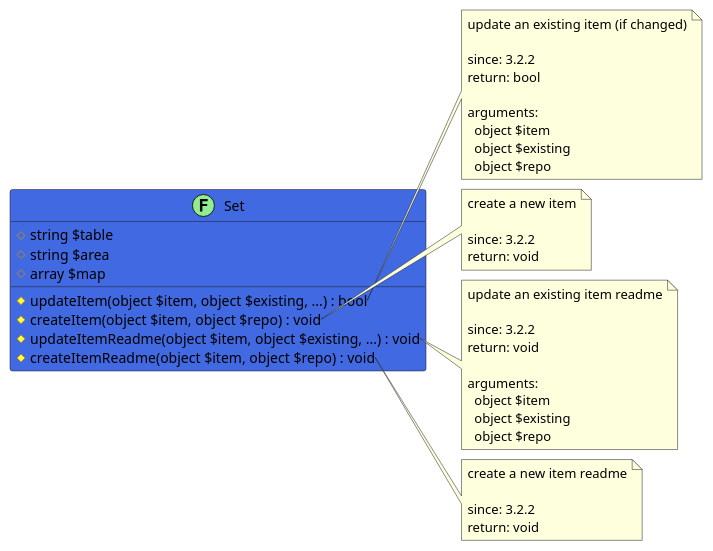
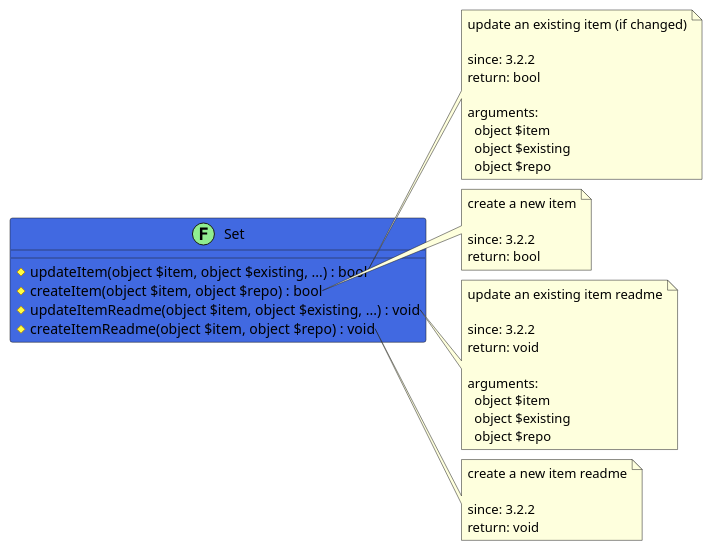
Before and after one commit to joomengine/jcb-compiler: the diagram in src/85cddb24-7ee6-4d86-a0db-615f443e1aec/README.md, drawn with PlantUML. The commit also changed 99 other files, not shown here.

````diff
--- a/src/85cddb24-7ee6-4d86-a0db-615f443e1aec/README.md
+++ b/src/85cddb24-7ee6-4d86-a0db-615f443e1aec/README.md
@@ -13,52 +13,49 @@
 ```uml
 @startuml
 class Set << (F,LightGreen) >> #RoyalBlue {
-  # string $table
-  # string $area
-  # array $map
   # updateItem(object $item, object $existing, ...) : bool
-  # createItem(object $item, object $repo) : void
+  # createItem(object $item, object $repo) : bool
   # updateItemReadme(object $item, object $existing, ...) : void
   # createItemReadme(object $item, object $repo) : void
 }
 
 note right of Set::updateItem
   update an existing item (if changed)
 
   since: 3.2.2
   return: bool
   
   arguments:
     object $item
     object $existing
     object $repo
 end note
 
 note right of Set::createItem
   create a new item
 
   since: 3.2.2
-  return: void
+  return: bool
 end note
 
 note right of Set::updateItemReadme
   update an existing item readme
 
   since: 3.2.2
   return: void
   
   arguments:
     object $item
     object $existing
     object $repo
 end note
 
 note right of Set::createItemReadme
   create a new item readme
 
   since: 3.2.2
   return: void
 end note
  
 @enduml
 ```
````
